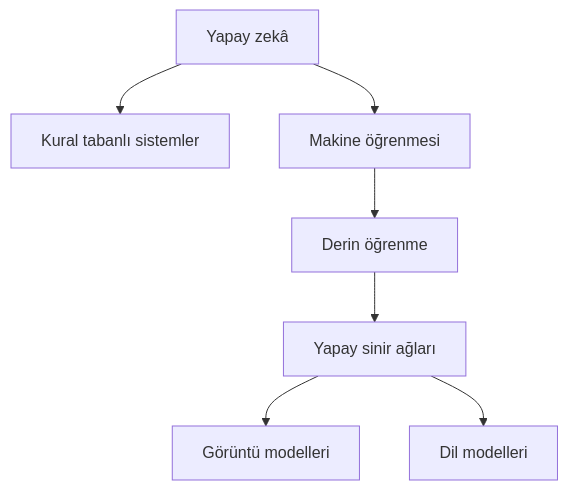
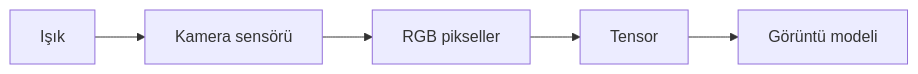
The second of 5 diagrams in README.md (lhasanseker/yapay-zeka-nasil-calisir), drawn with Mermaid before and after one commit. The commit also changed other lines of this file and 2 other files, not shown here.

````diff
--- a/README.md
+++ b/README.md
@@ -55,9 +208,7 @@
 ```mermaid
-flowchart TD
-    A["Yapay zekâ"] --> B["Kural tabanlı sistemler"]
-    A --> C["Makine öğrenmesi"]
-    C --> D["Derin öğrenme"]
-    D --> E["Yapay sinir ağları"]
-    E --> F["Görüntü modelleri"]
-    E --> G["Dil modelleri"]
+flowchart LR
+    A["Işık"] --> B["Kamera sensörü"]
+    B --> C["RGB pikseller"]
+    C --> D["Tensor"]
+    D --> E["Görüntü modeli"]
 ```
````
